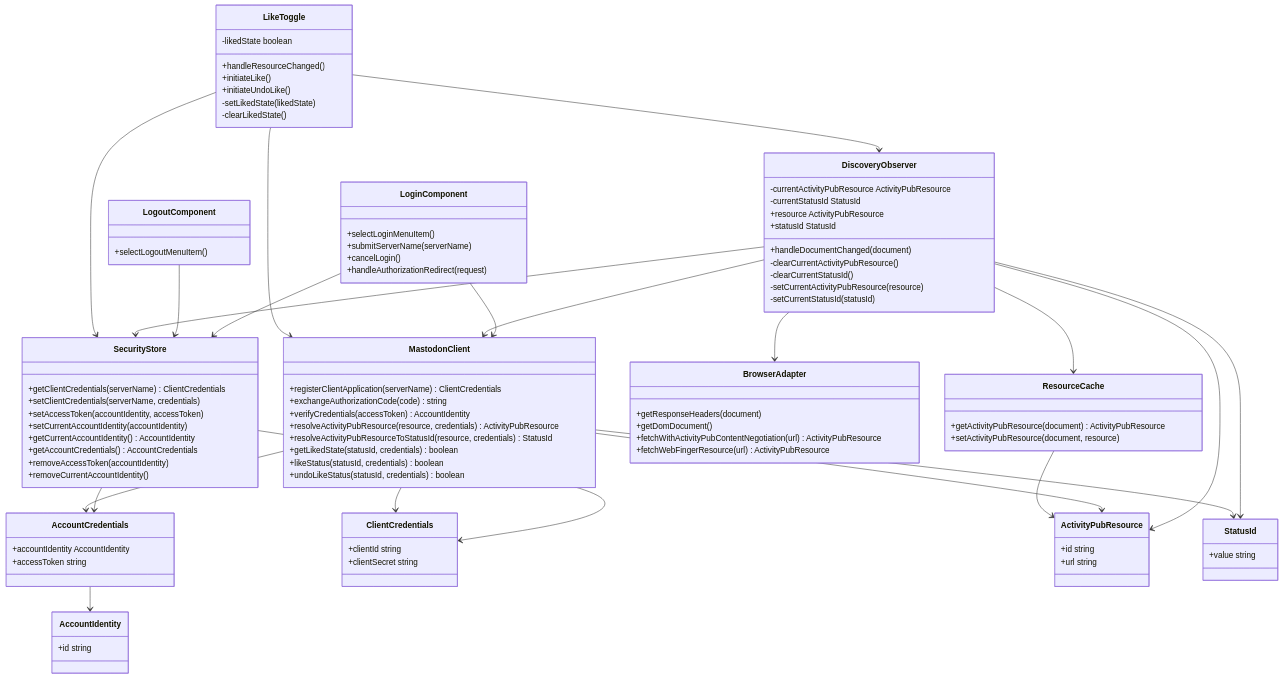
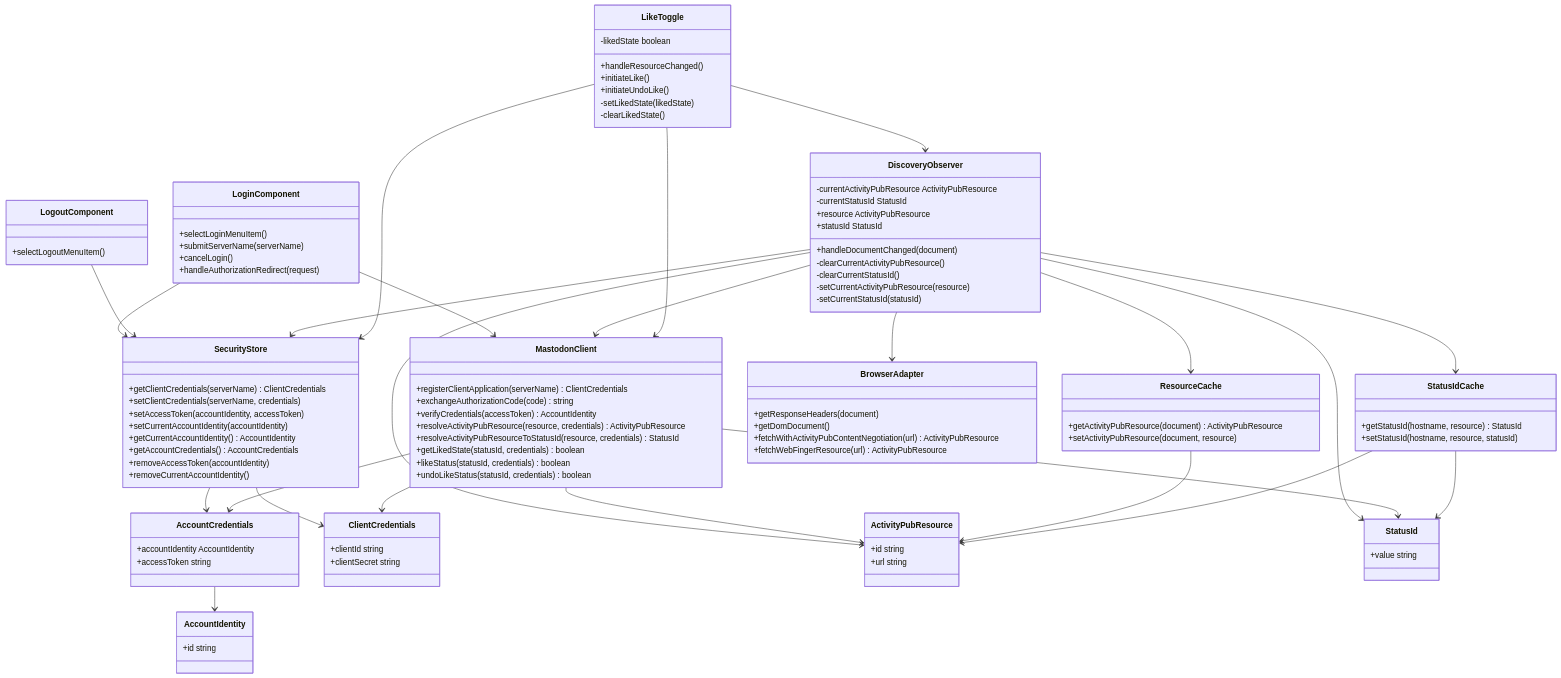
The diagram in docs/architecture/logical.md (social-web-foundation/activitypub-browser-extension), drawn with Mermaid before and after one commit. The commit also changed 3 other files, not shown here.

Commit message:
doc: StatusIdCache class

````diff
--- a/docs/architecture/logical.md
+++ b/docs/architecture/logical.md
@@ -50,6 +50,11 @@
         +setActivityPubResource(document, resource)
     }
 
+    class StatusIdCache {
+        +getStatusId(hostname, resource) StatusId
+        +setStatusId(hostname, resource, statusId)
+    }
+
     class BrowserAdapter {
         +getResponseHeaders(document)
         +getDomDocument()
@@ -96,6 +101,7 @@
     LogoutComponent --> SecurityStore
     DiscoveryObserver --> BrowserAdapter
     DiscoveryObserver --> ResourceCache
+    DiscoveryObserver --> StatusIdCache
     DiscoveryObserver --> SecurityStore
     DiscoveryObserver --> MastodonClient
     DiscoveryObserver --> ActivityPubResource
@@ -111,4 +117,6 @@
     MastodonClient --> ActivityPubResource
     MastodonClient --> StatusId
     ResourceCache --> ActivityPubResource
+    StatusIdCache --> ActivityPubResource
+    StatusIdCache --> StatusId
 ```
````
